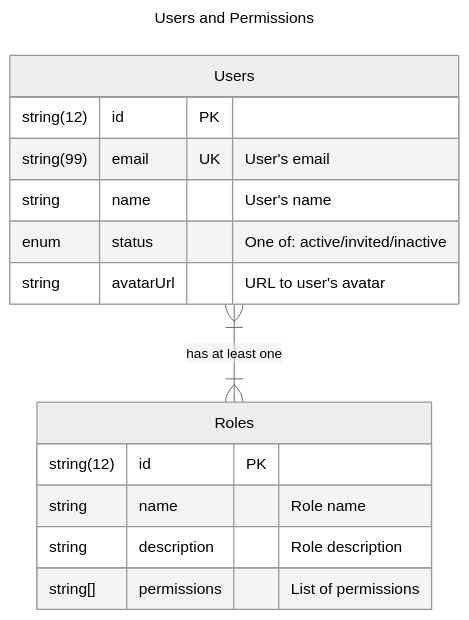
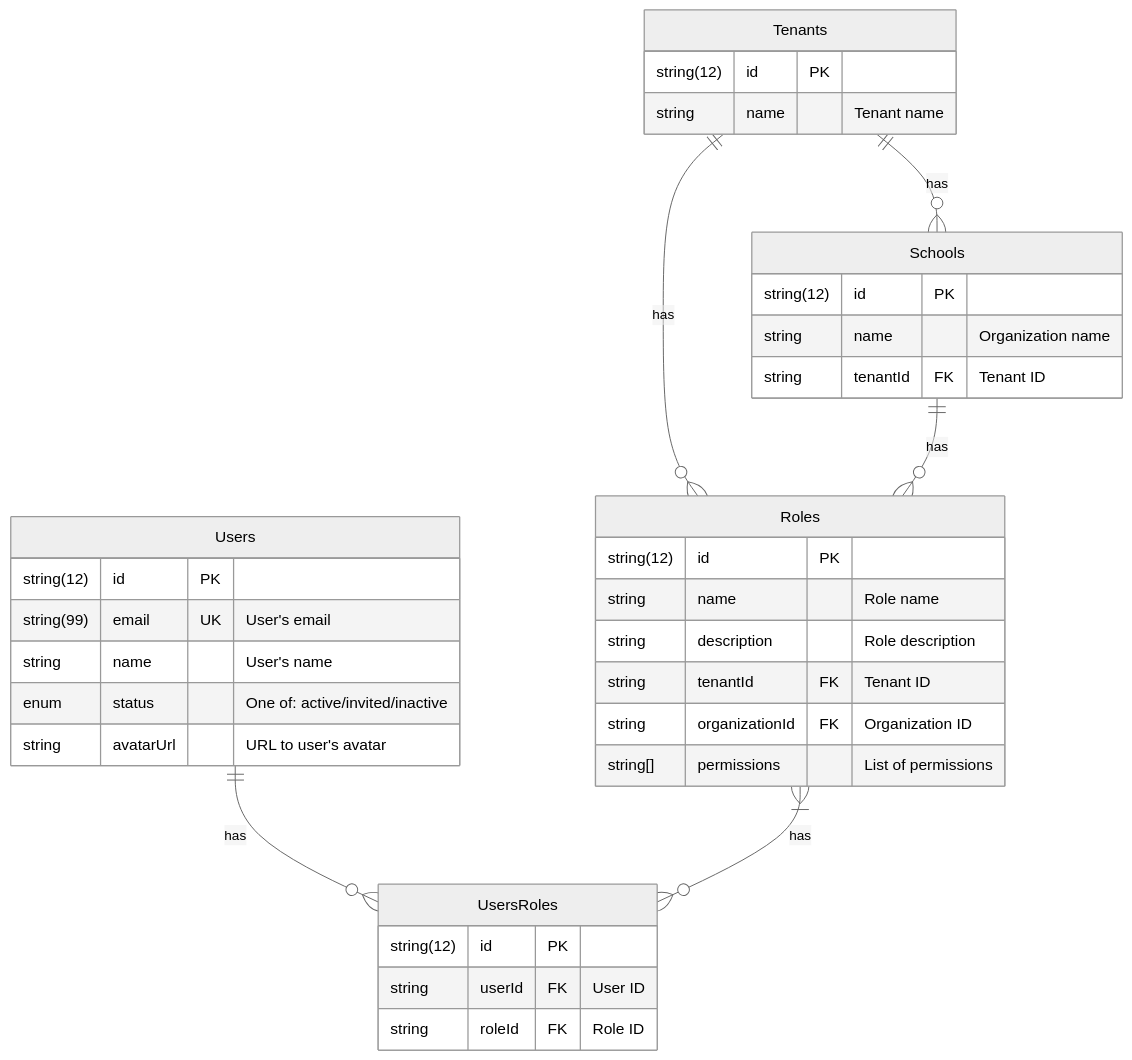
One commit to akdasa-studios/vidya changed the first of 2 diagrams in docs/Entity Relationship Diagram.md. Above: the diagram before and after it, drawn with Mermaid (neutral theme). The commit also changed other lines of this file and 1 other file, not shown here.

Commit message:
docs(project): update Entity Relationship Diagram and index

````diff
--- a/docs/Entity Relationship Diagram.md
+++ b/docs/Entity Relationship Diagram.md
@@ -1,22 +16,44 @@
 ```mermaid
----
-title: Users and Permissions
----
 erDiagram
+    Tenants {
+        string(12) id PK
+        string name "Tenant name"
+    }
+
+    Schools {
+        string(12) id PK
+        string name "Organization name"
+        string tenantId FK "Tenant ID"
+    }
+
+    Roles {
+        string(12) id PK
+        string name "Role name"
+        string description "Role description"
+        string tenantId FK "Tenant ID"
+        string organizationId FK "Organization ID"
+        string[] permissions "List of permissions"
+    }
+
     Users {
         string(12) id PK
         string(99) email UK "User's email"
         string name "User's name"
         enum status "One of: active/invited/inactive"
         string avatarUrl "URL to user's avatar"
     }
 
-    Roles {
+
+    UsersRoles {
         string(12) id PK
-        string name "Role name"
-        string description "Role description"
-        string[] permissions "List of permissions"
+        string userId FK "User ID"
+        string roleId FK "Role ID"
     }
 
-    Users }|--|{ Roles : "has at least one"
+    Tenants ||--o{ Schools : "has"
+    Tenants ||--o{ Roles : "has"
+    Schools ||--o{ Roles : "has"
+    Users ||--o{ UsersRoles : "has"
+    Roles }|--o{ UsersRoles : "has"
+
 ```
````
